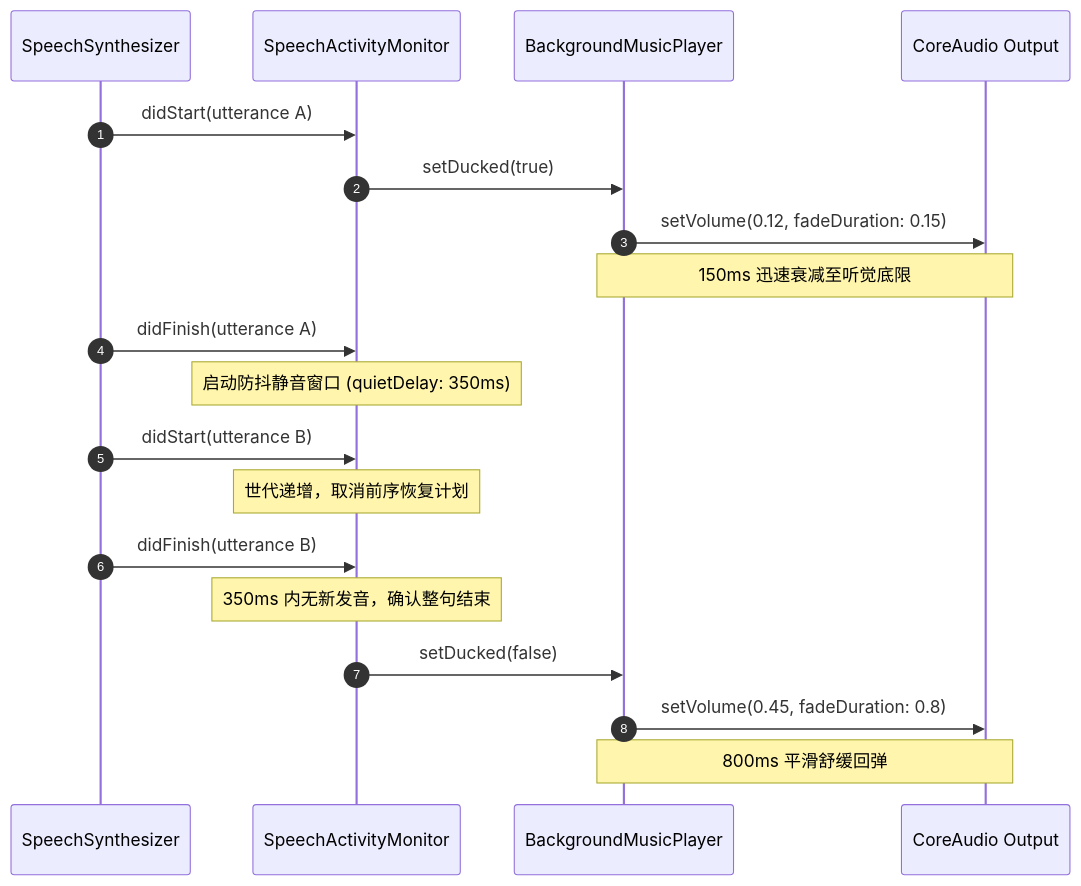
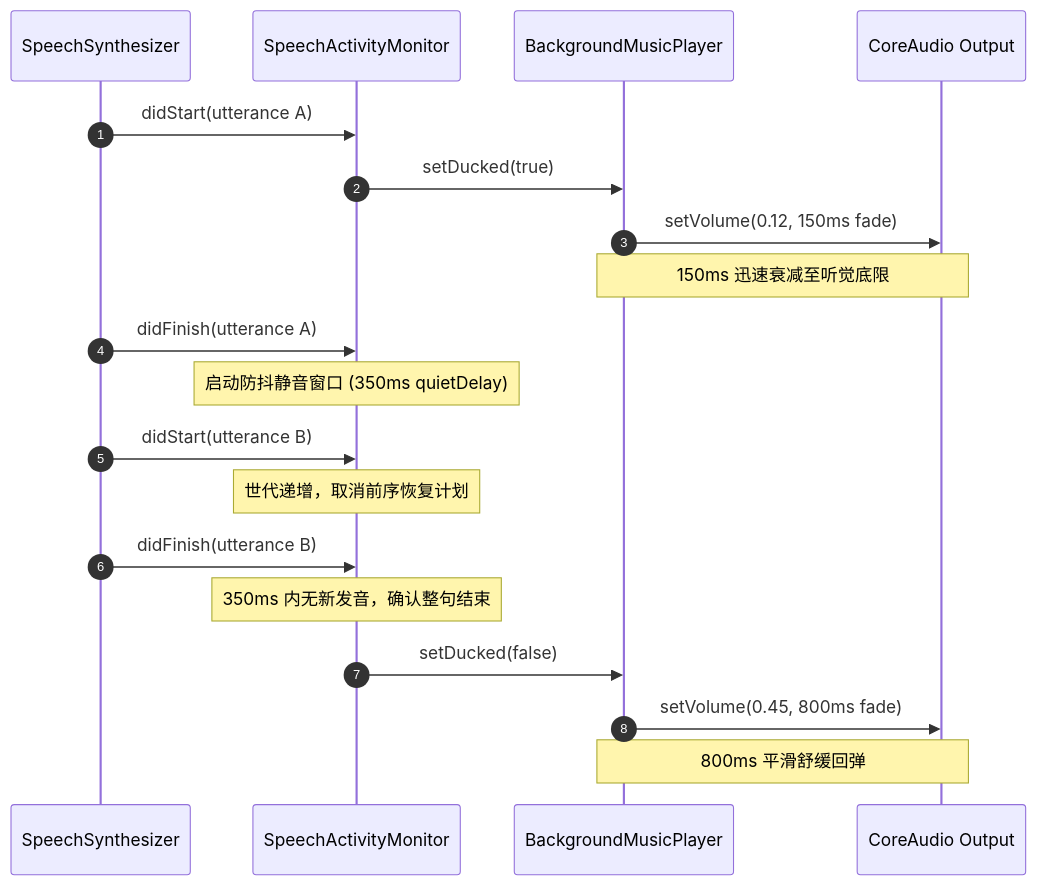
The diagram in _posts/2026-10-19-avfoundation-smooth-audio-ducking-mixing.md (RbBtSn0w/rbbtsn0w.github.io), drawn with Mermaid before and after one commit.

Commit message:
fix(blog): resolve mermaid sequence diagram syntax in audio ducking post

````diff
--- a/_posts/2026-10-19-avfoundation-smooth-audio-ducking-mixing.md
+++ b/_posts/2026-10-19-avfoundation-smooth-audio-ducking-mixing.md
@@ -53,22 +53,22 @@
 ```mermaid
 sequenceDiagram
     autonumber
     participant Voice as SpeechSynthesizer
     participant Monitor as SpeechActivityMonitor
     participant Coordinator as BackgroundMusicPlayer
     participant HW as CoreAudio Output
 
     Voice->>Monitor: didStart(utterance A)
     Monitor->>Coordinator: setDucked(true)
-    Coordinator->>HW: setVolume(0.12, fadeDuration: 0.15)
-    Note over Coordinator,HW: 150ms 迅速衰减至听觉底限
+    Coordinator->>HW: setVolume(0.12, 150ms fade)
+    Note over Coordinator, HW: 150ms 迅速衰减至听觉底限
     Voice->>Monitor: didFinish(utterance A)
-    Note over Monitor: 启动防抖静音窗口 (quietDelay: 350ms)
+    Note over Monitor: 启动防抖静音窗口 (350ms quietDelay)
     Voice->>Monitor: didStart(utterance B)
     Note over Monitor: 世代递增，取消前序恢复计划
     Voice->>Monitor: didFinish(utterance B)
     Note over Monitor: 350ms 内无新发音，确认整句结束
     Monitor->>Coordinator: setDucked(false)
-    Coordinator->>HW: setVolume(0.45, fadeDuration: 0.8)
-    Note over Coordinator,HW: 800ms 平滑舒缓回弹
+    Coordinator->>HW: setVolume(0.45, 800ms fade)
+    Note over Coordinator, HW: 800ms 平滑舒缓回弹
 ```
````
